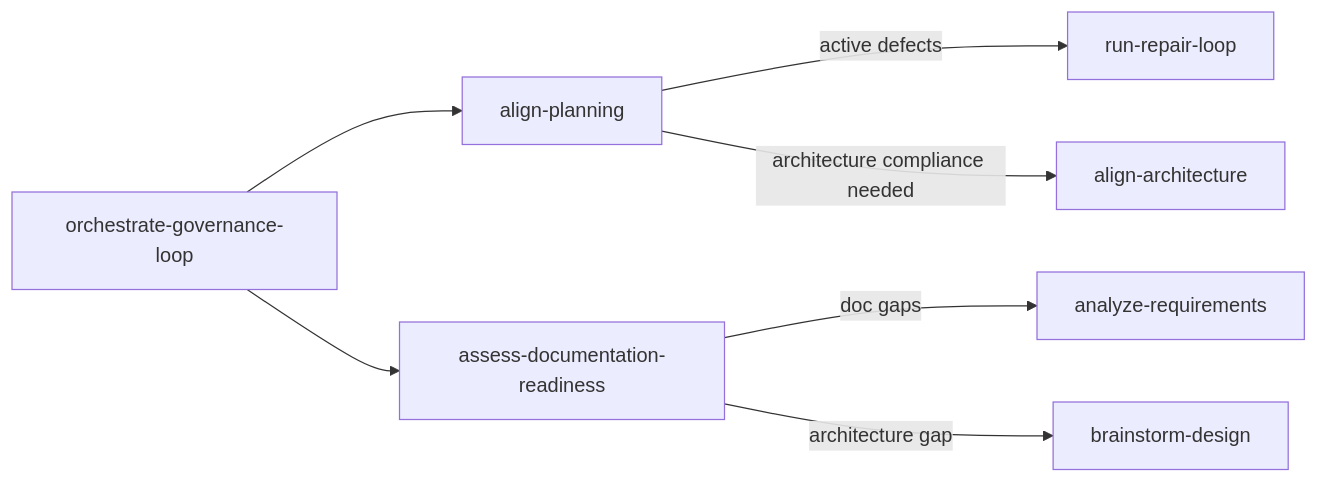
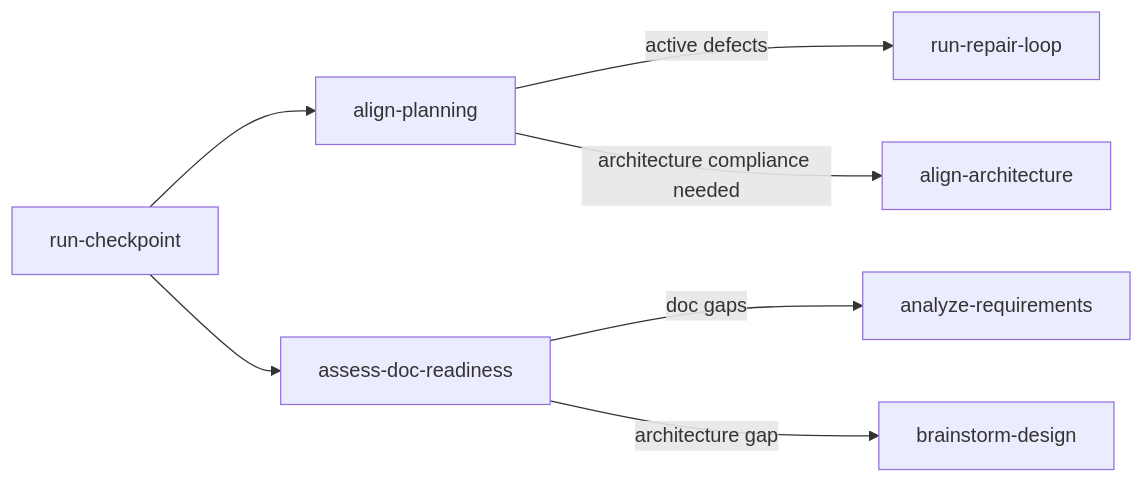
One commit to nesnilnehc/ai-cortex changed the sixth of 6 diagrams in skills/skillgraph.md. Above: the diagram before and after it, drawn with Mermaid. The commit also changed other lines of this file and 49 other files, not shown here.

First line of the commit message:
refactor(skills): rename four skills, add Phase 0.5 to run-checkpoint

````diff
--- a/skills/skillgraph.md
+++ b/skills/skillgraph.md
@@ -246,17 +246,17 @@
 ```mermaid
 flowchart LR
-  loop[orchestrate-governance-loop]
+  loop[run-checkpoint]
   align[align-planning]
   alignarch[align-architecture]
-  docreadiness[assess-documentation-readiness]
+  docreadiness[assess-doc-readiness]
   req[analyze-requirements]
   design[brainstorm-design]
   repair[run-repair-loop]
 
   loop --> align
   loop --> docreadiness
   align -->|active defects| repair
   align -->|architecture compliance needed| alignarch
   docreadiness -->|doc gaps| req
   docreadiness -->|architecture gap| design
 ```
````
